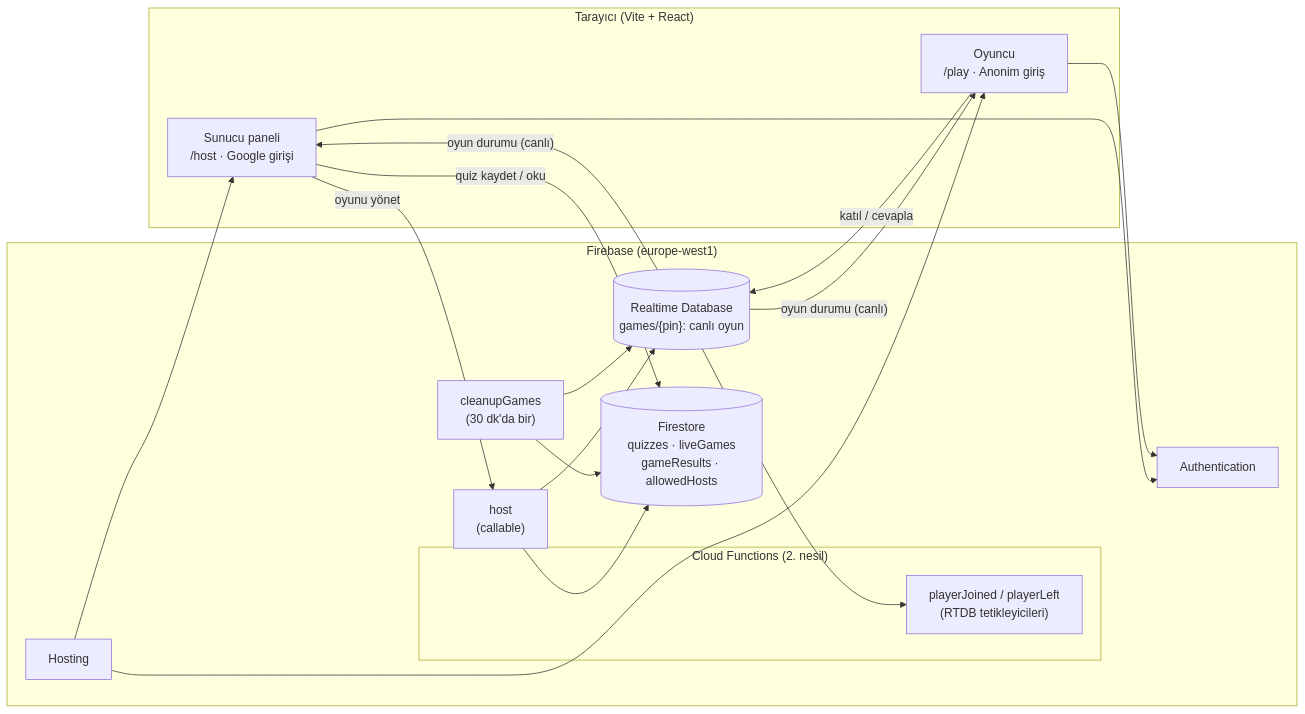
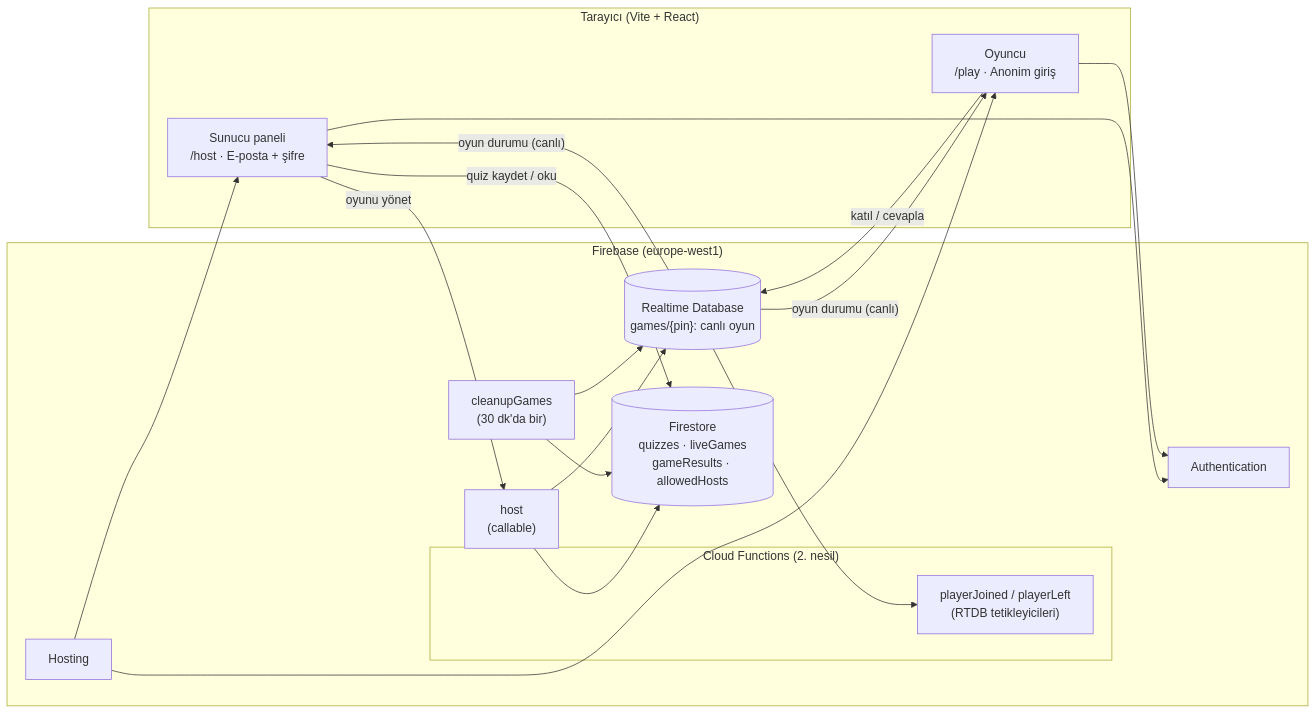
Before and after one commit to suleyman-kara/cenga-quiz: the diagram in README.md, drawn with Mermaid. The commit also changed other lines of this file and 22 other files, not shown here.

First line of the commit message:
feat(giriş): sunucular için Google yerine e-posta + şifre girişi

````diff
--- a/README.md
+++ b/README.md
@@ -133,29 +133,29 @@
 ```mermaid
 flowchart LR
   subgraph Tarayici["Tarayıcı (Vite + React)"]
-    H["Sunucu paneli<br/>/host · Google girişi"]
+    H["Sunucu paneli<br/>/host · E-posta + şifre"]
     P["Oyuncu<br/>/play · Anonim giriş"]
   end
 
   subgraph Firebase["Firebase (europe-west1)"]
     HO["Hosting"]
     AU["Authentication"]
     FS[("Firestore<br/>quizzes · liveGames<br/>gameResults · allowedHosts")]
     RT[("Realtime Database<br/>games/{pin}: canlı oyun")]
     subgraph CF["Cloud Functions (2. nesil)"]
       HC["host<br/>(callable)"]
       PJ["playerJoined / playerLeft<br/>(RTDB tetikleyicileri)"]
       CG["cleanupGames<br/>(30 dk'da bir)"]
     end
   end
 
   HO --> H & P
   H & P --> AU
   H -- "quiz kaydet / oku" --> FS
   H -- "oyunu yönet" --> HC
   HC --> RT & FS
   P -- "katıl / cevapla" --> RT
   RT -- "oyun durumu (canlı)" --> H & P
   RT --> PJ
   CG --> RT & FS
 ```
````
